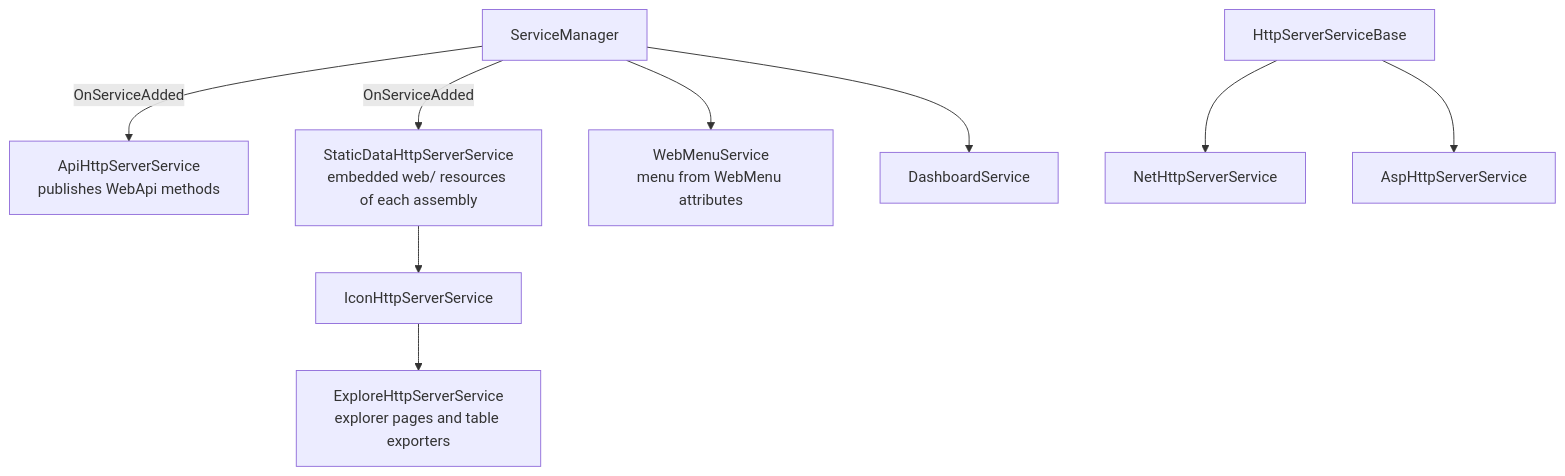
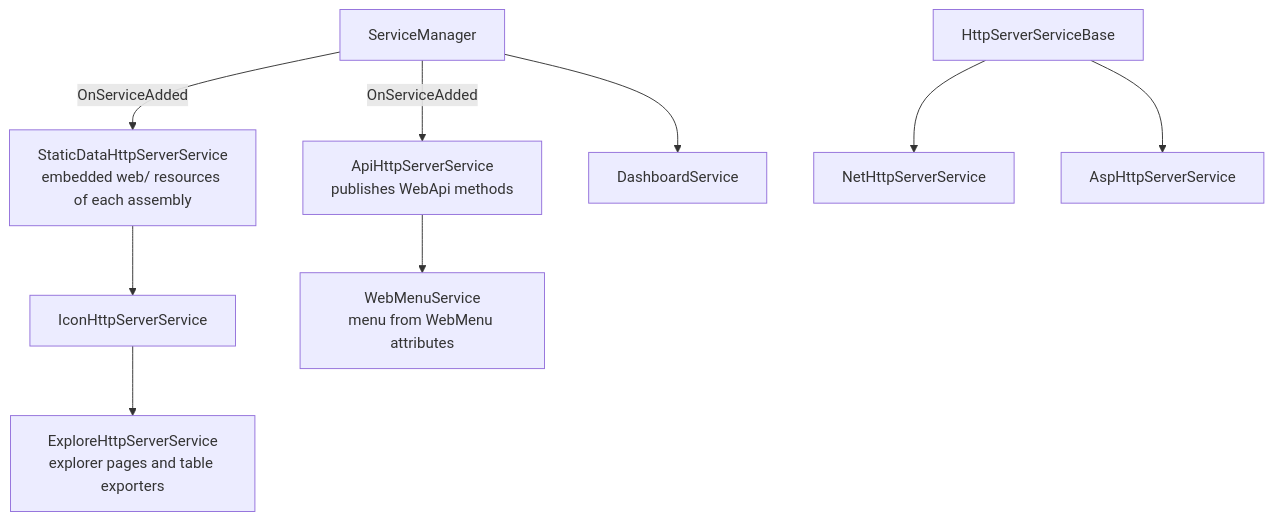
The diagram in SysWeaver.MicroService.HttpServer/README.md (dosh1974/SysWeaver), drawn with Mermaid before and after one commit. The commit also changed other lines of this file and 532 other files, not shown here.

````diff
--- a/SysWeaver.MicroService.HttpServer/README.md
+++ b/SysWeaver.MicroService.HttpServer/README.md
@@ -18,11 +18,11 @@
 ```mermaid
 flowchart TB
   SM["ServiceManager"] -->|OnServiceAdded| ApiS["ApiHttpServerService<br/>publishes WebApi methods"]
   SM -->|OnServiceAdded| StatS["StaticDataHttpServerService<br/>embedded web/ resources of each assembly"]
   StatS --> IconS["IconHttpServerService"]
   IconS --> ExpS["ExploreHttpServerService<br/>explorer pages and table exporters"]
-  SM --> MenuS["WebMenuService<br/>menu from WebMenu attributes"]
+  ApiS --> MenuS["WebMenuService<br/>menu from WebMenu attributes"]
   SM --> DashS["DashboardService"]
   Base["HttpServerServiceBase"] --> NetS["NetHttpServerService"]
   Base --> AspS["AspHttpServerService"]
 ```
````
